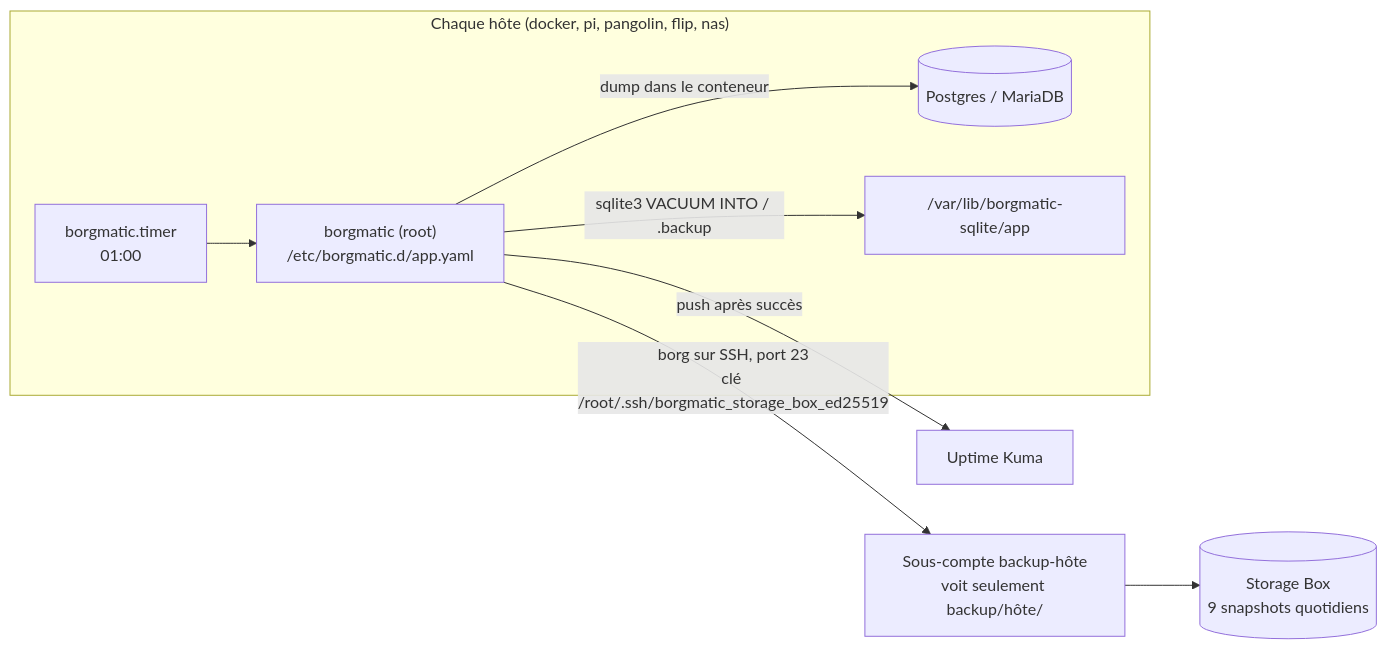
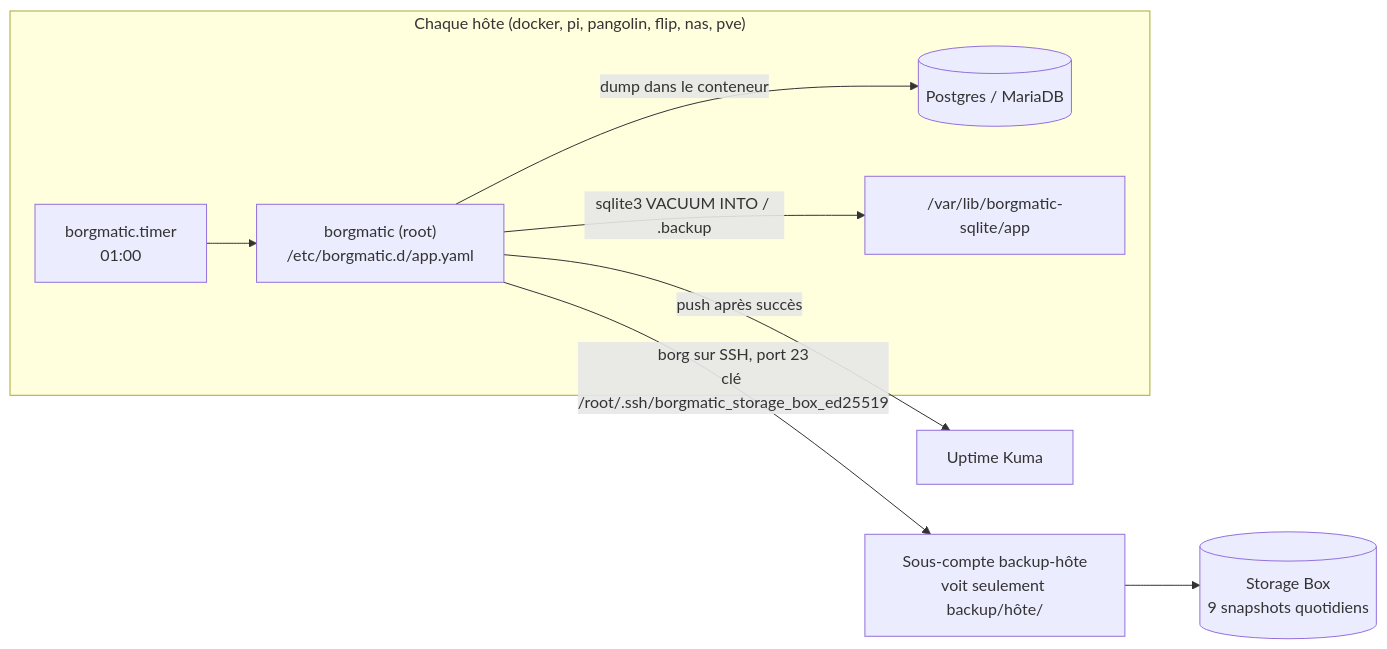
The third of 4 diagrams in docs/architecture.md (sylvainmetayer/homelab), drawn with Mermaid before and after one commit. The commit also changed 3 other files, not shown here.

````diff
--- a/docs/architecture.md
+++ b/docs/architecture.md
@@ -355,11 +355,11 @@
 ```mermaid
 flowchart LR
-  subgraph host["Chaque hôte (docker, pi, pangolin, flip, nas)"]
+  subgraph host["Chaque hôte (docker, pi, pangolin, flip, nas, pve)"]
     timer["borgmatic.timer<br/>01:00"] --> bm["borgmatic (root)<br/>/etc/borgmatic.d/app.yaml"]
     bm -- "dump dans le conteneur" --> db[("Postgres / MariaDB")]
     bm -- "sqlite3 VACUUM INTO / .backup" --> sq["/var/lib/borgmatic-sqlite/app"]
   end
   bm -- "borg sur SSH, port 23<br/>clé /root/.ssh/borgmatic_storage_box_ed25519" --> sub["Sous-compte backup-hôte<br/>voit seulement backup/hôte/"]
   sub --> box[("Storage Box<br/>9 snapshots quotidiens")]
   bm -- "push après succès" --> kuma[Uptime Kuma]
 ```
````
